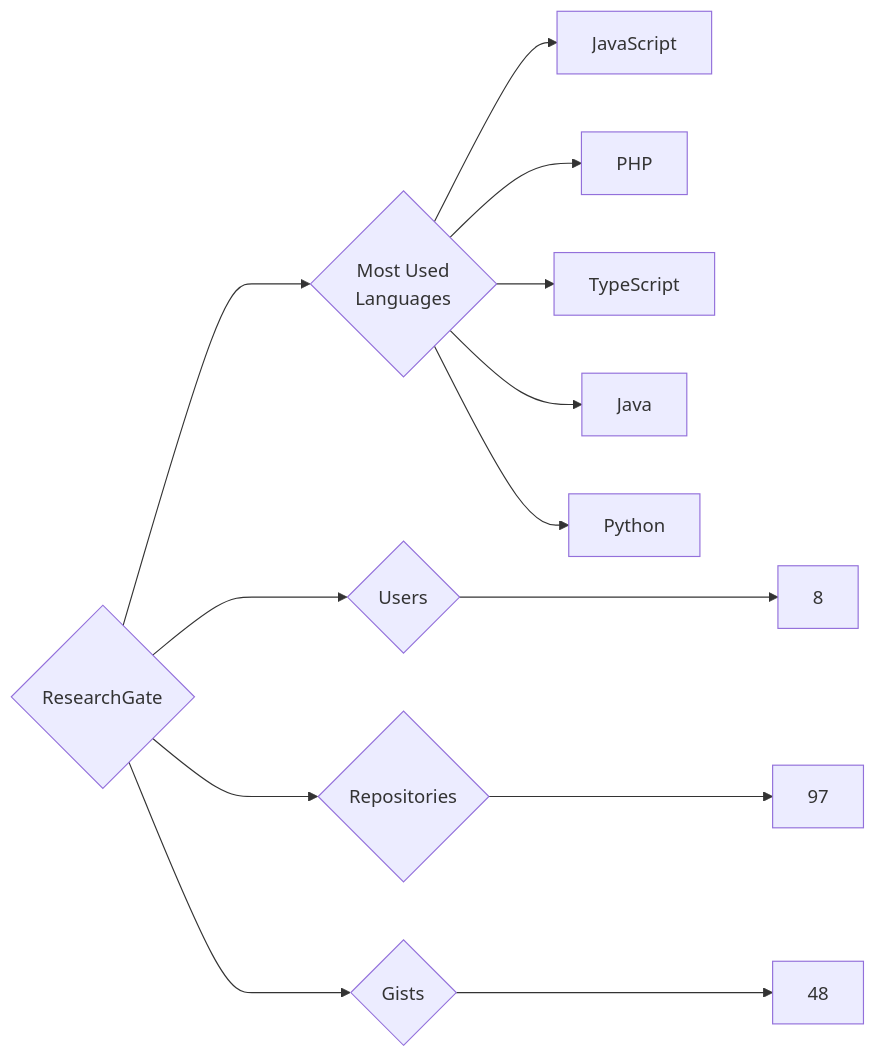
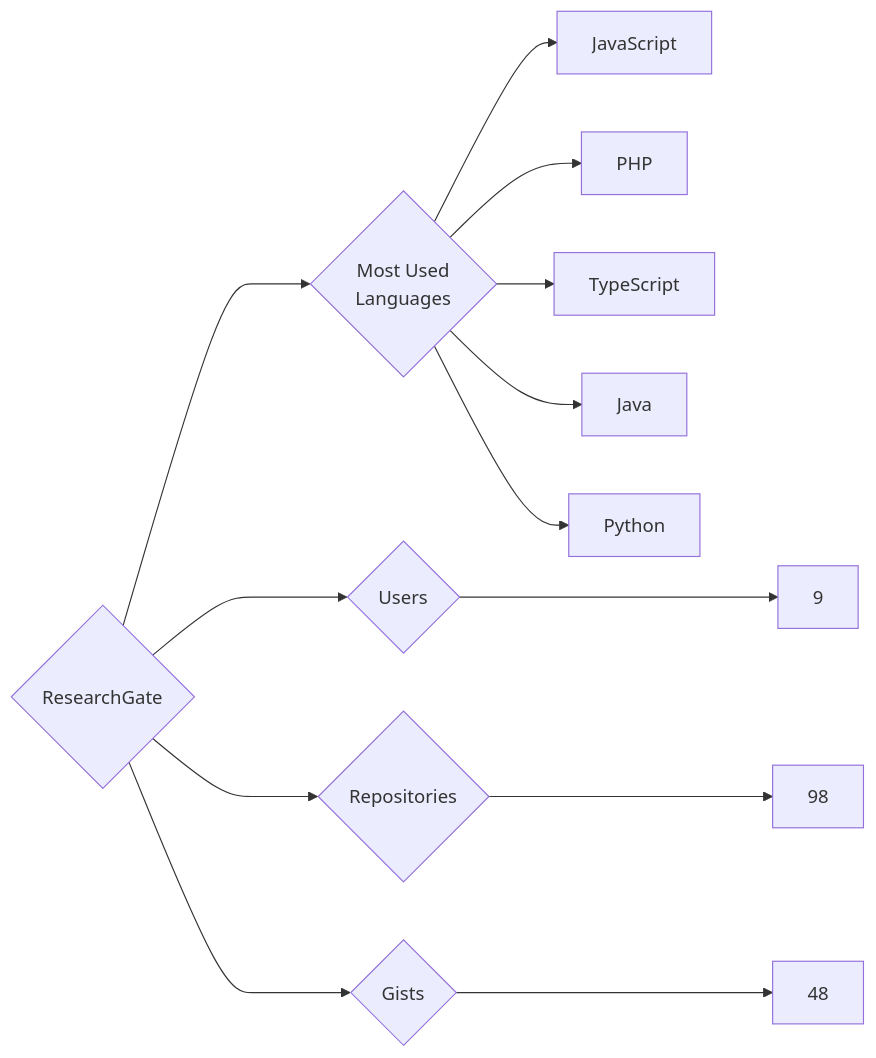
One commit to trickest/insiders changed the diagram in targets/ResearchGate/README.md. Above: the diagram before and after it, drawn with Mermaid. The commit also changed 964 other files, not shown here.

````diff
--- a/targets/ResearchGate/README.md
+++ b/targets/ResearchGate/README.md
@@ -3,13 +3,13 @@
 ```mermaid
 graph LR
 COMPANY_NAME{ResearchGate}
-COMPANY_NAME ---> U{Users} ---> UN[8]
-COMPANY_NAME ---> R{Repositories} ---> RN[97]
+COMPANY_NAME ---> U{Users} ---> UN[9]
+COMPANY_NAME ---> R{Repositories} ---> RN[98]
 COMPANY_NAME ---> G{Gists} ---> GN[48]
 COMPANY_NAME ---> ML{Most Used<br>Languages}
 ML --> JavaScript[JavaScript]
 ML --> PHP[PHP]
 ML --> TypeScript[TypeScript]
 ML --> Java[Java]
 ML --> Python[Python]
 ```
````
